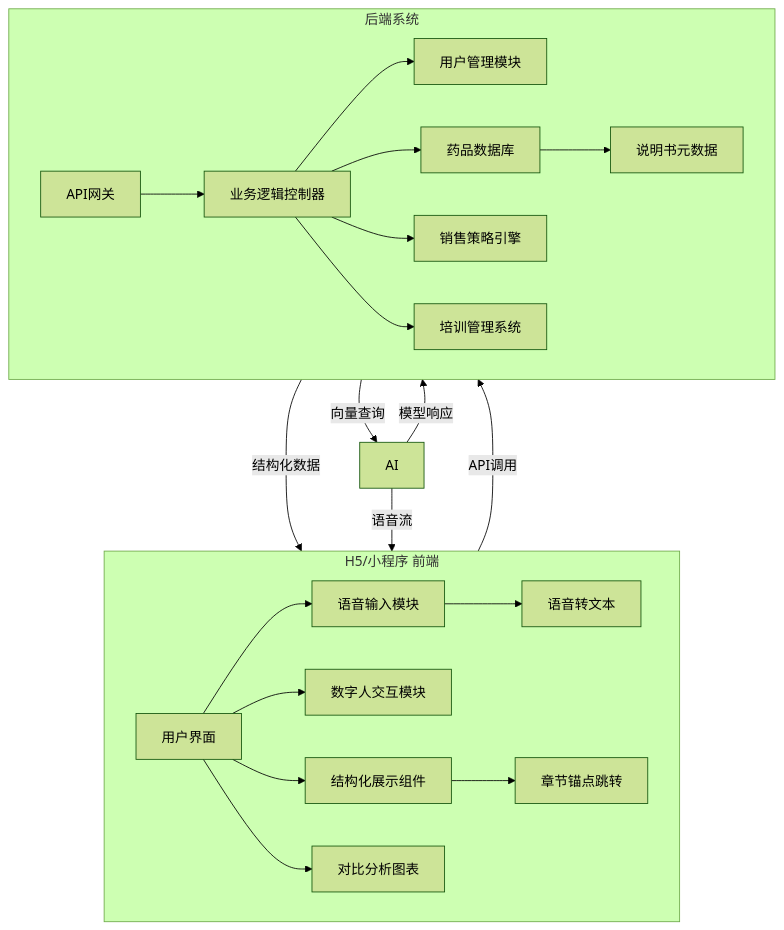
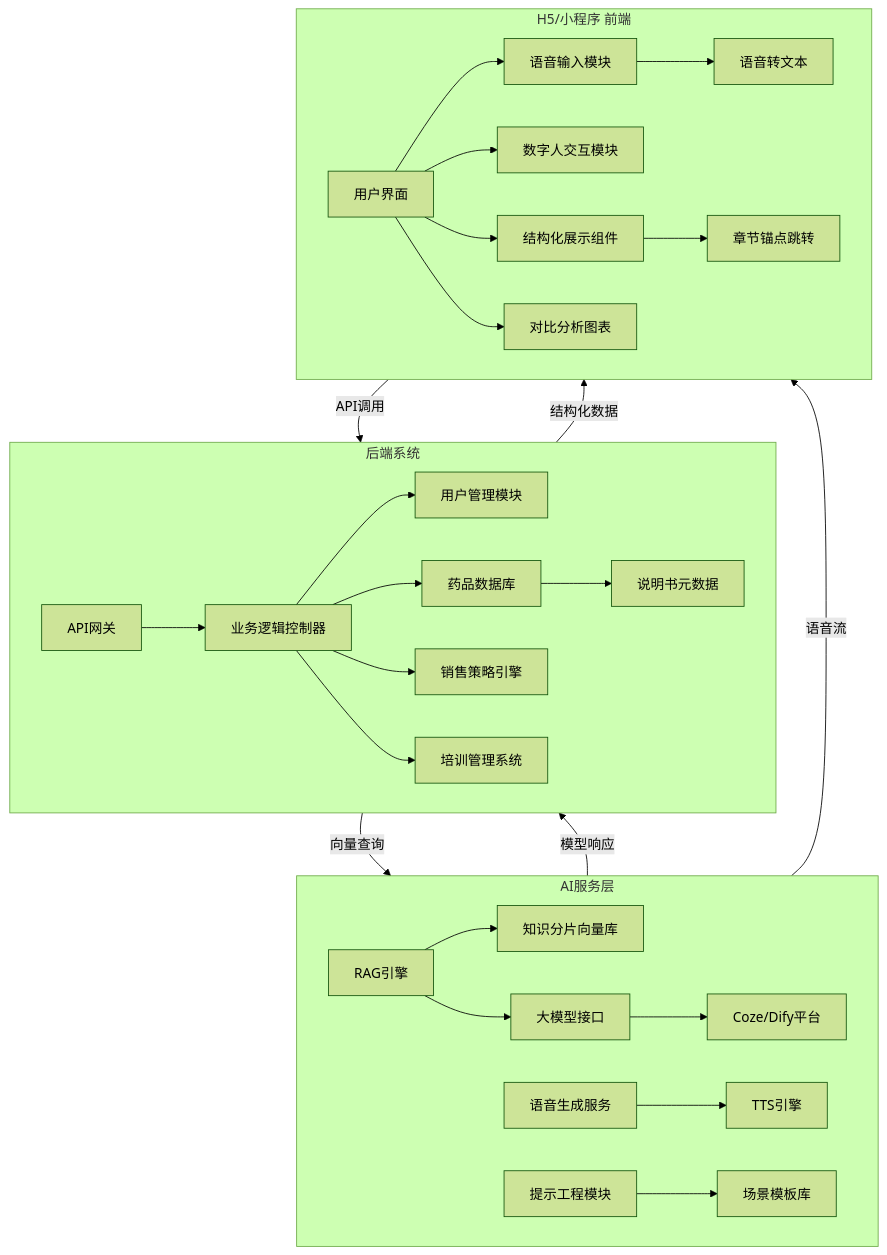
One commit to funnyData/iodraw-files changed the diagram in all/未命名.md. Above: the diagram before and after it, drawn with Mermaid (forest theme).

Commit message:
2025-02-19 20:26:13 update

````diff
--- a/all/未命名.md
+++ b/all/未命名.md
@@ -1,29 +1,38 @@
 ```mermaid
 %% 结构图
 graph TD
-    subgraph Frontend[H5/小程序 前端]
-        A[用户界面] --> B[语音输入模块]
-        A --> C[数字人交互模块]
-        A --> D[结构化展示组件]
-        A --> E[对比分析图表]
-        B --> F[语音转文本]
-        D --> G[章节锚点跳转]
+    subgraph AI[AI服务层]
+        O[RAG引擎] --> P[知识分片向量库]
+        O --> Q[大模型接口]
+        Q --> R[Coze/Dify平台]
+        S[语音生成服务] --> T[TTS引擎]
+        U[提示工程模块] --> V[场景模板库]
     end
+
 
     subgraph Backend[后端系统]
         H[API网关] --> I[业务逻辑控制器]
         I --> J[用户管理模块]
         I --> K[药品数据库]
         I --> L[销售策略引擎]
         I --> M[培训管理系统]
         K --> N[说明书元数据]
     end
 
+        subgraph Frontend[H5/小程序 前端]
+        A[用户界面] --> B[语音输入模块]
+        A --> C[数字人交互模块]
+        A --> D[结构化展示组件]
+        A --> E[对比分析图表]
+        B --> F[语音转文本]
+        D --> G[章节锚点跳转]
+    end
+
 
 
     Frontend -->|API调用| Backend
     Backend -->|向量查询| AI
     AI -->|模型响应| Backend
     Backend -->|结构化数据| Frontend
     AI -->|语音流| Frontend
 ```
````
